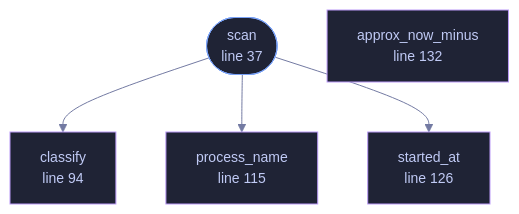
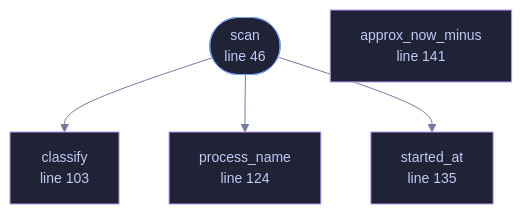
The diagram in docs/files/veilvoice-watch/linux.md (tilas01/veilvoice), drawn with Mermaid before and after one commit. The commit also changed other lines of this file and 487 other files, not shown here.

````diff
--- a/docs/files/veilvoice-watch/linux.md
+++ b/docs/files/veilvoice-watch/linux.md
@@ -81,21 +91,21 @@
 ```mermaid
 %%{init: {"theme":"base","themeVariables":{"background":"#1a1b26","primaryColor":"#1f2335","primaryTextColor":"#c0caf5","primaryBorderColor":"#7aa2f7","secondaryColor":"#16161e","tertiaryColor":"#16161e","lineColor":"#737aa2","textColor":"#c0caf5","mainBkg":"#1f2335","nodeBorder":"#7aa2f7","clusterBkg":"#16161e","clusterBorder":"#2f3549","fontFamily":"ui-monospace, SFMono-Regular, Consolas, monospace","fontSize":"14px"}}}%%
 flowchart TD
-    n_scan(["scan<br/>line 37"])
-    n_classify["classify<br/>line 94"]
-    n_process_name["process_name<br/>line 115"]
-    n_started_at["started_at<br/>line 126"]
-    n_approx_now_minus["approx_now_minus<br/>line 132"]
+    n_scan(["scan<br/>line 46"])
+    n_classify["classify<br/>line 103"]
+    n_process_name["process_name<br/>line 124"]
+    n_started_at["started_at<br/>line 135"]
+    n_approx_now_minus["approx_now_minus<br/>line 141"]
     n_scan --> n_classify
     n_scan --> n_process_name
     n_scan --> n_started_at
-    click n_scan href "https://github.com/tilas01/veilvoice/blob/main/crates/veilvoice-watch/src/linux.rs#L37" "open the source"
-    click n_classify href "https://github.com/tilas01/veilvoice/blob/main/crates/veilvoice-watch/src/linux.rs#L94" "open the source"
-    click n_process_name href "https://github.com/tilas01/veilvoice/blob/main/crates/veilvoice-watch/src/linux.rs#L115" "open the source"
-    click n_started_at href "https://github.com/tilas01/veilvoice/blob/main/crates/veilvoice-watch/src/linux.rs#L126" "open the source"
-    click n_approx_now_minus href "https://github.com/tilas01/veilvoice/blob/main/crates/veilvoice-watch/src/linux.rs#L132" "open the source"
+    click n_scan href "https://github.com/tilas01/veilvoice/blob/main/crates/veilvoice-watch/src/linux.rs#L46" "open the source"
+    click n_classify href "https://github.com/tilas01/veilvoice/blob/main/crates/veilvoice-watch/src/linux.rs#L103" "open the source"
+    click n_process_name href "https://github.com/tilas01/veilvoice/blob/main/crates/veilvoice-watch/src/linux.rs#L124" "open the source"
+    click n_started_at href "https://github.com/tilas01/veilvoice/blob/main/crates/veilvoice-watch/src/linux.rs#L135" "open the source"
+    click n_approx_now_minus href "https://github.com/tilas01/veilvoice/blob/main/crates/veilvoice-watch/src/linux.rs#L141" "open the source"
     classDef entry fill:#1f2335,stroke:#7aa2f7,color:#c0caf5
     class n_scan entry
     classDef helper fill:#1f2335,stroke:#bb9af7,color:#c0caf5
     class n_classify,n_process_name,n_started_at,n_approx_now_minus helper
 ```
````
